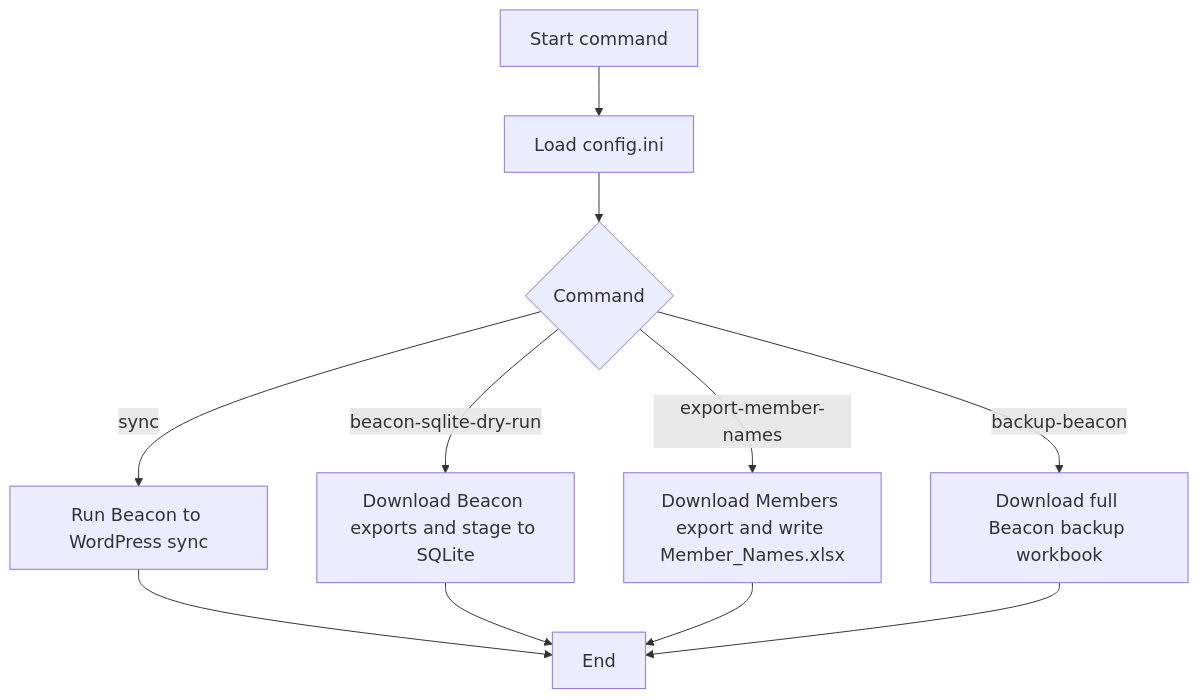
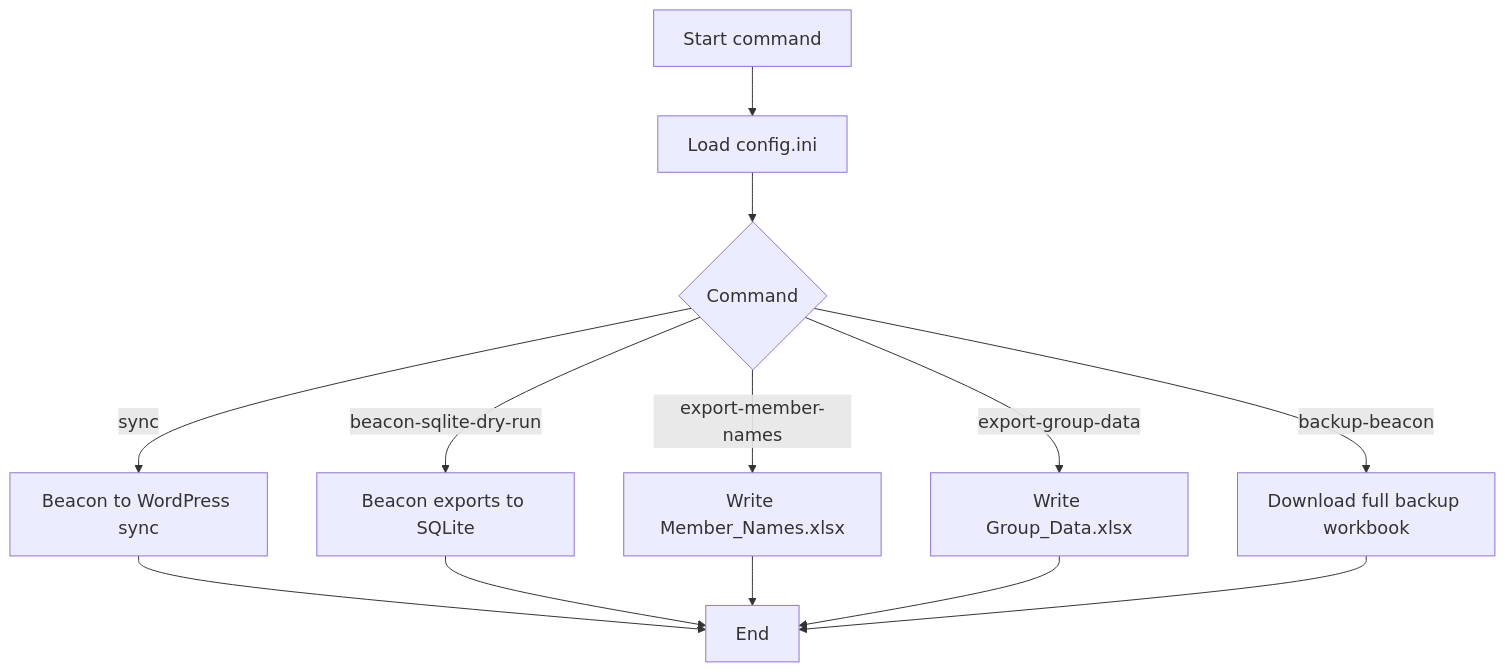
Before and after one commit to PetersfieldU3A/BeaconUtilities: the first of 3 diagrams in docs/Appendices/4_ProcessFlow.md, drawn with Mermaid. The commit also changed other lines of this file and 21 other files, not shown here.

````diff
--- a/docs/Appendices/4_ProcessFlow.md
+++ b/docs/Appendices/4_ProcessFlow.md
@@ -9,14 +10,16 @@
 ```mermaid
 %%{init: {"themeVariables": {"fontSize": "18px"}}}%%
 graph TD
     A[Start command] --> B[Load config.ini]
     B --> C{Command}
-    C -->|sync| D[Run Beacon to WordPress sync]
-    C -->|beacon-sqlite-dry-run| E[Download Beacon exports and stage to SQLite]
-    C -->|export-member-names| F[Download Members export and write Member_Names.xlsx]
-    C -->|backup-beacon| G[Download full Beacon backup workbook]
-    D --> H[End]
-    E --> H
-    F --> H
-    G --> H
+    C -->|sync| D[Beacon to WordPress sync]
+    C -->|beacon-sqlite-dry-run| E[Beacon exports to SQLite]
+    C -->|export-member-names| F[Write Member_Names.xlsx]
+    C -->|export-group-data| G[Write Group_Data.xlsx]
+    C -->|backup-beacon| H[Download full backup workbook]
+    D --> I[End]
+    E --> I
+    F --> I
+    G --> I
+    H --> I
 ```
````
